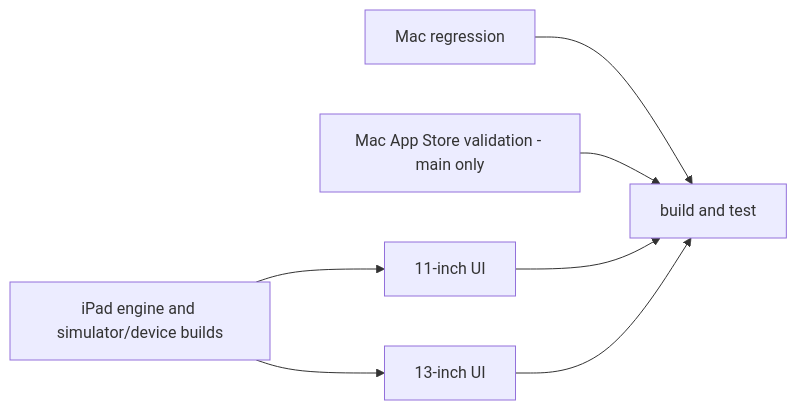
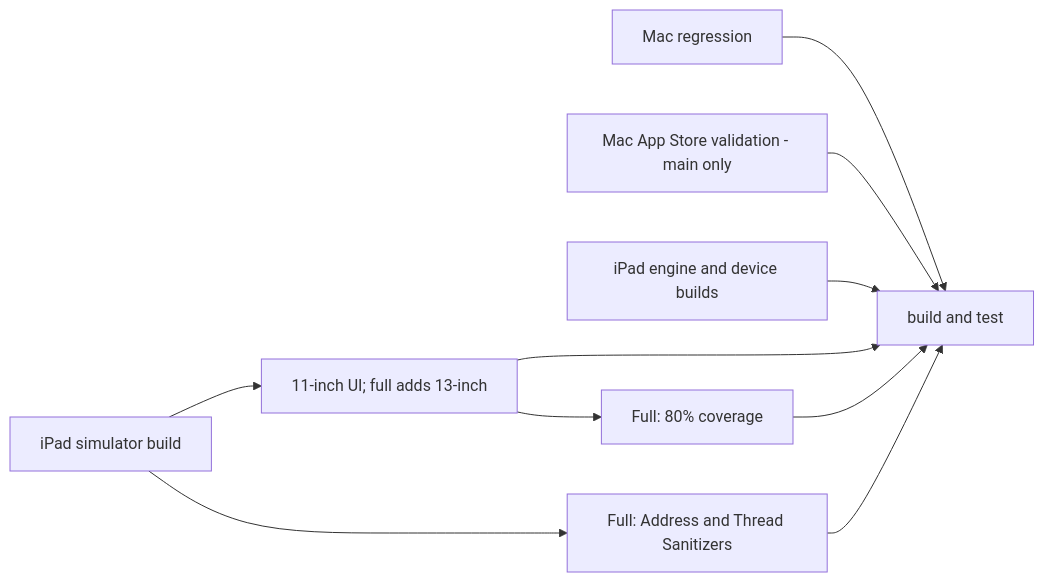
The diagram in docs/ipad.md (leftblank-app/leftblank), drawn with Mermaid before and after one commit. The commit also changed other lines of this file and 48 other files, not shown here.

````diff
--- a/docs/ipad.md
+++ b/docs/ipad.md
@@ -112,9 +148,9 @@
 ```mermaid
 flowchart LR
     mac[Mac regression] --> gate[build and test]
     store[Mac App Store validation - main only] --> gate
-    builds[iPad engine and simulator/device builds] --> small[11-inch UI]
-    builds --> large[13-inch UI]
-    small --> gate
-    large --> gate
+    checks[iPad engine and device builds] --> gate
+    build[iPad simulator build] --> ui[11-inch UI; full adds 13-inch] --> gate
+    ui --> coverage[Full: 80% coverage] --> gate
+    build --> memory[Full: Address and Thread Sanitizers] --> gate
 ```
````
